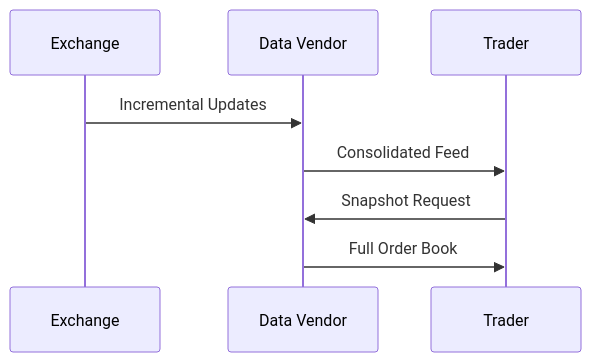
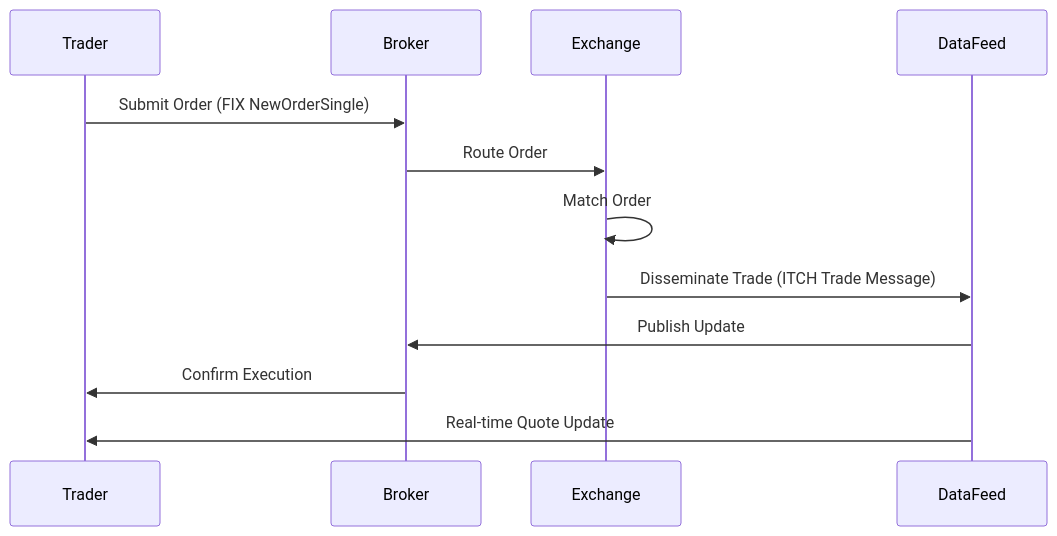
Before and after one commit to VrushankPatel/interview-matters: the diagram in trading/market-data/README.md, drawn with Mermaid. The commit also changed other lines of this file and 66 other files, not shown here.

Commit message:
kb: process 5 topics (fix-protocol, itch-protocol, ouch-protocol, market-data, order-entry-protocols) + restructure merges and link fixes

````diff
--- a/trading/market-data/README.md
+++ b/trading/market-data/README.md
@@ -59,11 +60,15 @@
 ```mermaid
 sequenceDiagram
+    participant Trader
+    participant Broker
     participant Exchange
-    participant Data Vendor
-    participant Trader
+    participant DataFeed
 
-    Exchange->>Data Vendor: Incremental Updates
-    Data Vendor->>Trader: Consolidated Feed
-    Trader->>Data Vendor: Snapshot Request
-    Data Vendor->>Trader: Full Order Book
+    Trader->>Broker: Submit Order (FIX NewOrderSingle)
+    Broker->>Exchange: Route Order
+    Exchange->>Exchange: Match Order
+    Exchange->>DataFeed: Disseminate Trade (ITCH Trade Message)
+    DataFeed->>Broker: Publish Update
+    Broker->>Trader: Confirm Execution
+    DataFeed->>Trader: Real-time Quote Update
 ```
````
